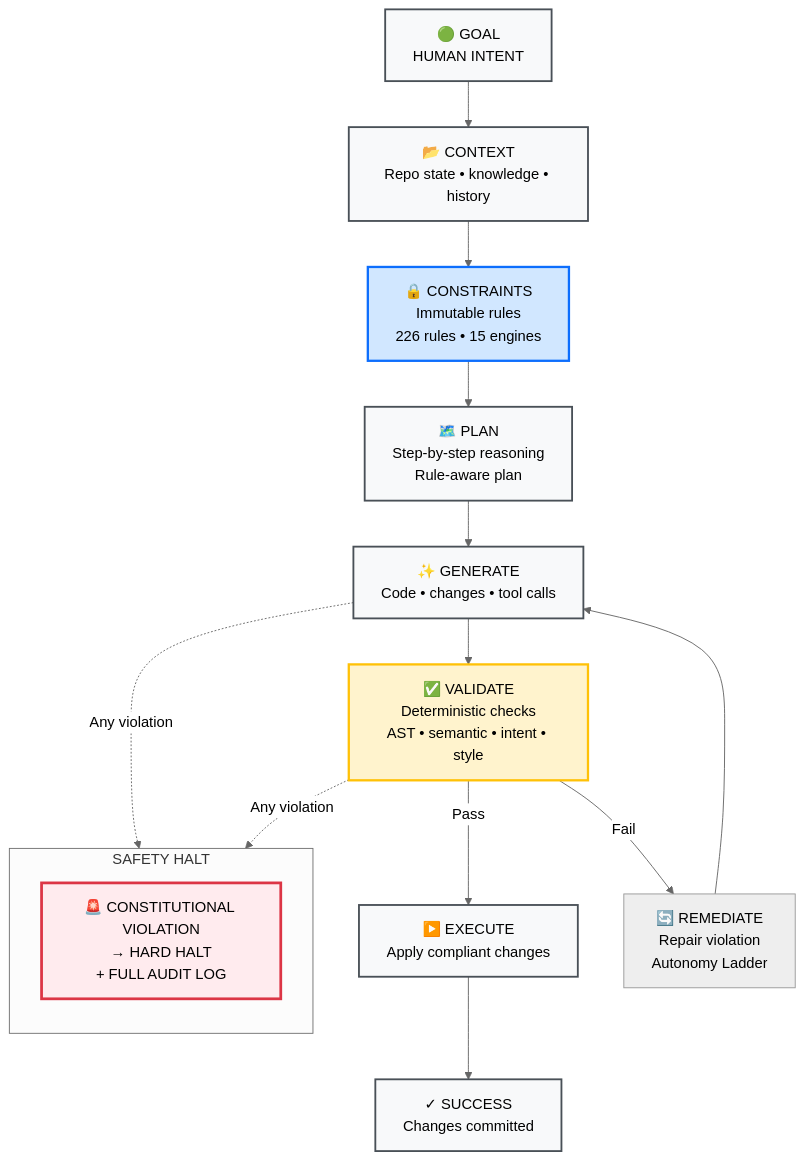
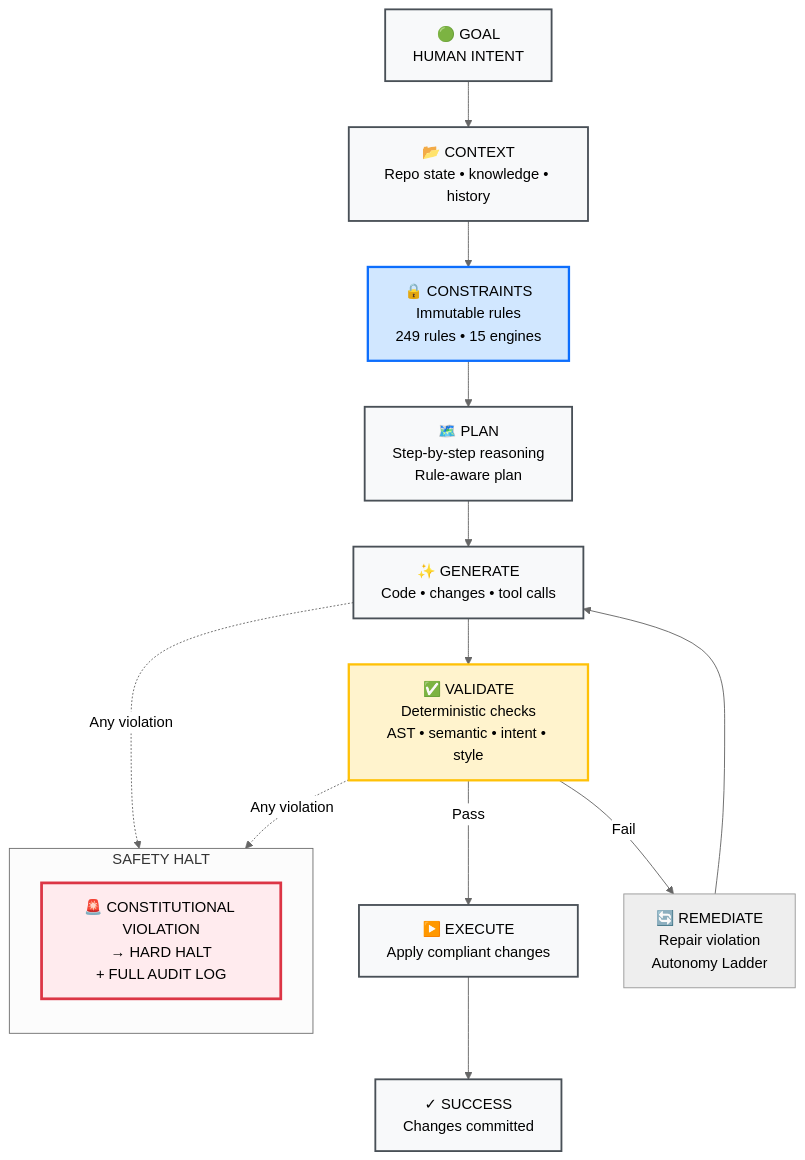
The diagram in README.md (DariuszNewecki/CORE), drawn with Mermaid (neutral theme) before and after one commit. The commit also changed other lines of this file and 2 other files, not shown here.

Commit message:
fix(ci): remove orphaned rebuild test + sync rule count to 249
- Delete tests/cli/resources/vectors/test_rebuild.py — rebuild.py was
  extracted to core-cli in ADR-146 (608d8f72); the test had no module
  to import and was breaking both smoke collection and ruff I001.
- Update README.md and docs/how-it-works.md: rule count 226 → 249
  (mermaid diagram + prose) to pass the #631 README count drift gate.

````diff
--- a/README.md
+++ b/README.md
@@ -134,30 +134,30 @@
 ```mermaid
 flowchart TD
     A["🟢 GOAL\nHUMAN INTENT"] --> B["📂 CONTEXT\nRepo state • knowledge • history"]
-    B --> C["🔒 CONSTRAINTS\nImmutable rules\n226 rules • 15 engines"]
+    B --> C["🔒 CONSTRAINTS\nImmutable rules\n249 rules • 15 engines"]
     C --> D["🗺️ PLAN\nStep-by-step reasoning\nRule-aware plan"]
     D --> E["✨ GENERATE\nCode • changes • tool calls"]
     E --> F["✅ VALIDATE\nDeterministic checks\nAST • semantic • intent • style"]
     F -->|Pass| G["▶️ EXECUTE\nApply compliant changes"]
     F -->|Fail| H["🔄 REMEDIATE\nRepair violation\nAutonomy Ladder"]
     H --> E
     G --> I["✓ SUCCESS\nChanges committed"]
 
     subgraph "SAFETY HALT"
         direction TB
         J["🚨 CONSTITUTIONAL VIOLATION\n→ HARD HALT\n+ FULL AUDIT LOG"]
     end
 
     E -.->|Any violation| J
     F -.->|Any violation| J
 
     classDef phase      fill:#f8f9fa,stroke:#495057,stroke-width:2px
     classDef constraint fill:#d1e7ff,stroke:#0d6efd,stroke-width:2.5px
     classDef validate   fill:#fff3cd,stroke:#ffc107,stroke-width:2.5px
     classDef halt       fill:#ffebee,stroke:#dc3545,stroke-width:3px
 
     class A,B,D,E,G,I phase
     class C constraint
     class F validate
     class J halt
 ```
````
